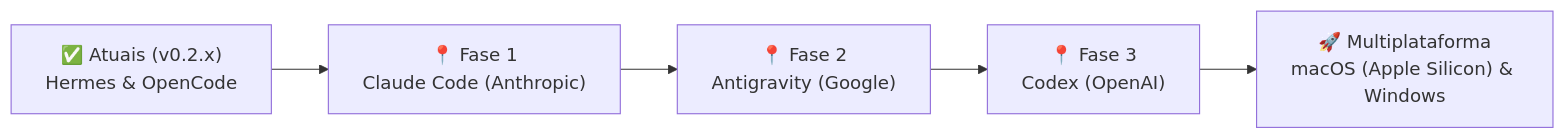
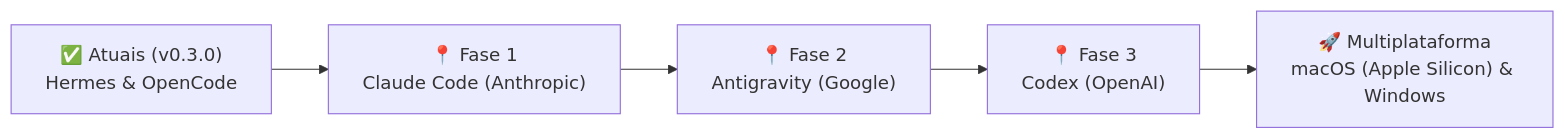
Before and after one commit to thgyuji/nexobench-showcase: the diagram in ROADMAP.md, drawn with Mermaid. The commit also changed other lines of this file and 6 other files, not shown here.

````diff
--- a/ROADMAP.md
+++ b/ROADMAP.md
@@ -23,13 +23,13 @@
 ```mermaid
 flowchart LR
-    Current["✅ Atuais (v0.2.x)<br>Hermes & OpenCode"]
+    Current["✅ Atuais (v0.3.0)<br>Hermes & OpenCode"]
     Phase1["📍 Fase 1<br>Claude Code (Anthropic)"]
     Phase2["📍 Fase 2<br>Antigravity (Google)"]
     Phase3["📍 Fase 3<br>Codex (OpenAI)"]
     Platforms["🚀 Multiplataforma<br>macOS (Apple Silicon) & Windows"]
 
     Current --> Phase1
     Phase1 --> Phase2
     Phase2 --> Phase3
     Phase3 --> Platforms
 ```
````
